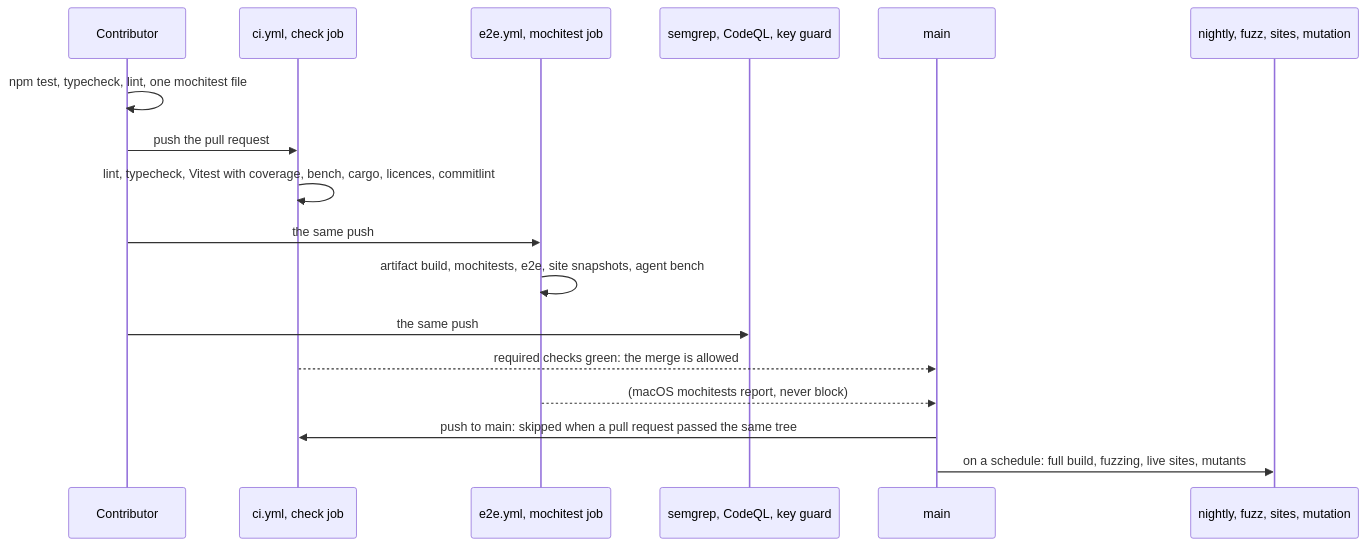
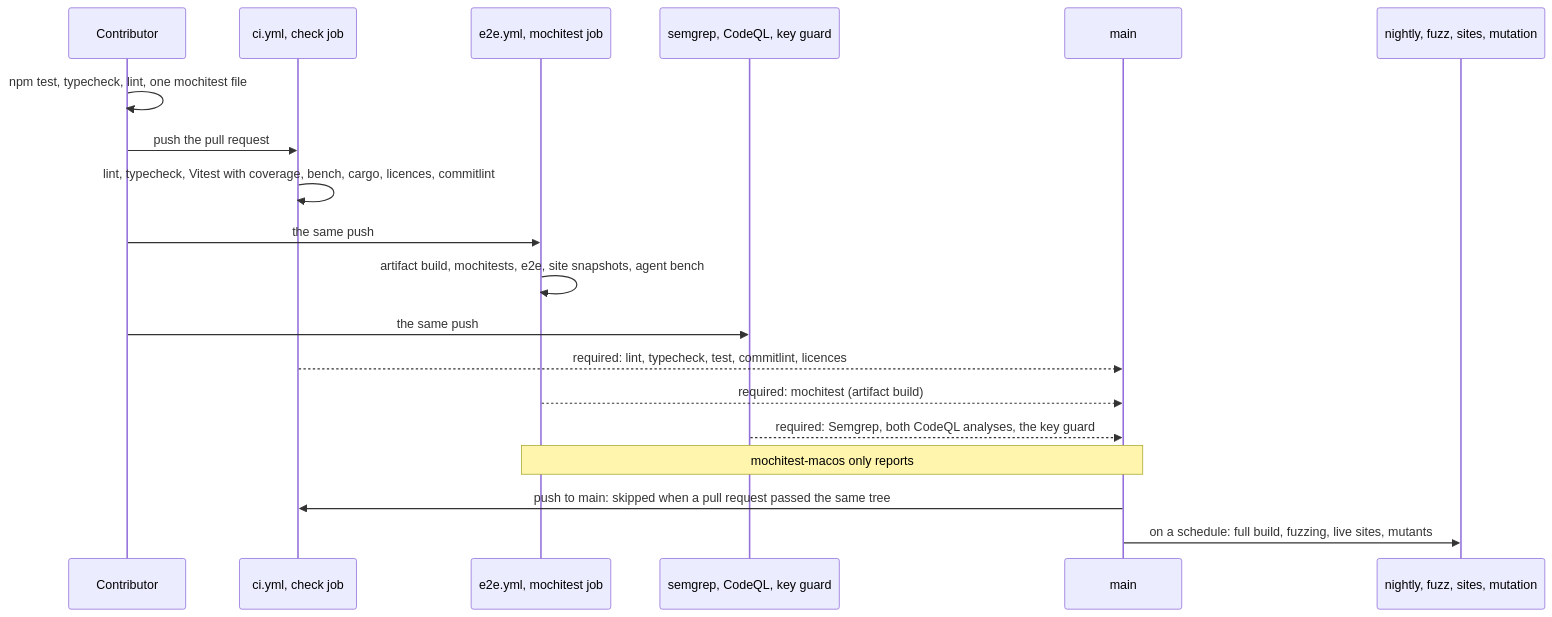
The diagram in docs/architecture/testing.md (vimma-browser/vimma), drawn with Mermaid before and after one commit. The commit also changed other lines of this file and 3 other files, not shown here.

First line of the commit message:
docs: correct the second architecture walkthroughs after review

````diff
--- a/docs/architecture/testing.md
+++ b/docs/architecture/testing.md
@@ -15,19 +15,21 @@
 ```mermaid
 sequenceDiagram
   participant Dev as Contributor
   participant CI as ci.yml, check job
   participant E2E as e2e.yml, mochitest job
   participant Scan as semgrep, CodeQL, key guard
   participant Main as main
   participant Sched as nightly, fuzz, sites, mutation
   Dev->>Dev: npm test, typecheck, lint, one mochitest file
   Dev->>CI: push the pull request
   CI->>CI: lint, typecheck, Vitest with coverage, bench, cargo, licences, commitlint
   Dev->>E2E: the same push
   E2E->>E2E: artifact build, mochitests, e2e, site snapshots, agent bench
   Dev->>Scan: the same push
-  CI-->>Main: required checks green: the merge is allowed
-  E2E-->>Main: (macOS mochitests report, never block)
+  CI-->>Main: required: lint, typecheck, test, commitlint, licences
+  E2E-->>Main: required: mochitest (artifact build)
+  Scan-->>Main: required: Semgrep, both CodeQL analyses, the key guard
+  Note over E2E,Main: mochitest-macos only reports
   Main->>CI: push to main: skipped when a pull request passed the same tree
   Main->>Sched: on a schedule: full build, fuzzing, live sites, mutants
 ```
````
